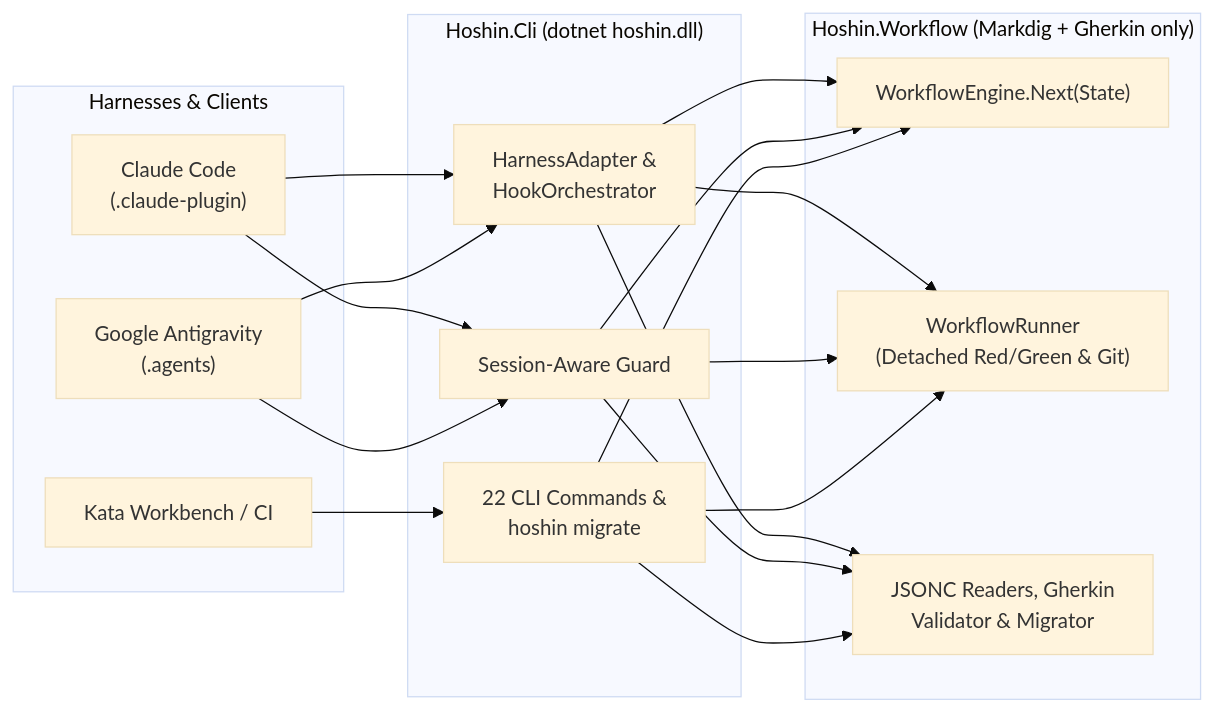
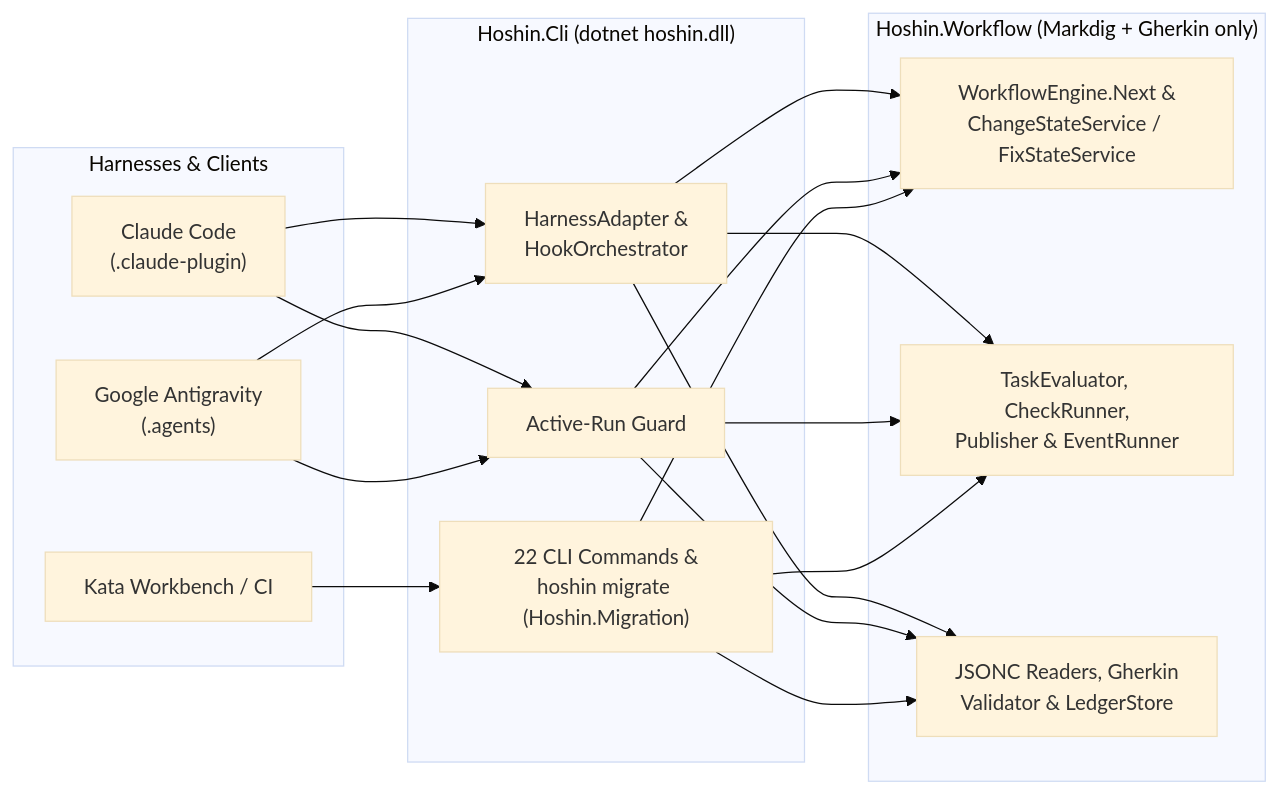
Before and after one commit to satish-krishna/Hoshin.Net: the first of 2 diagrams in README.md, drawn with Mermaid (base theme). The commit also changed other lines of this file and 260 other files, not shown here.

````diff
--- a/README.md
+++ b/README.md
@@ -9,24 +9,24 @@
 ```mermaid
 flowchart LR
     subgraph Harnesses["Harnesses & Clients"]
         CC["Claude Code<br/>(.claude-plugin)"]
         AGY["Google Antigravity<br/>(.agents)"]
         CLI["Kata Workbench / CI"]
     end
 
     subgraph Program["Hoshin.Cli (dotnet hoshin.dll)"]
         HA["HarnessAdapter &<br/>HookOrchestrator"]
-        GD["Session-Aware Guard"]
-        CMDS["22 CLI Commands &<br/>hoshin migrate"]
+        GD["Active-Run Guard"]
+        CMDS["22 CLI Commands &<br/>hoshin migrate (Hoshin.Migration)"]
     end
 
     subgraph Core["Hoshin.Workflow (Markdig + Gherkin only)"]
-        NEXT["WorkflowEngine.Next(State)"]
-        RUN["WorkflowRunner<br/>(Detached Red/Green & Git)"]
-        DOCS["JSONC Readers, Gherkin<br/>Validator & Migrator"]
+        NEXT["WorkflowEngine.Next &<br/>ChangeStateService / FixStateService"]
+        RUN["TaskEvaluator, CheckRunner,<br/>Publisher & EventRunner"]
+        DOCS["JSONC Readers, Gherkin<br/>Validator & LedgerStore"]
     end
 
     CC & AGY --> HA & GD
     CLI --> CMDS
     HA & GD & CMDS --> NEXT & RUN & DOCS
 ```
````
